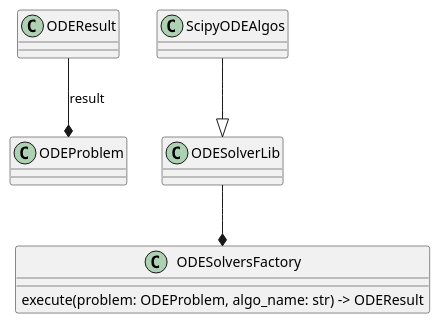
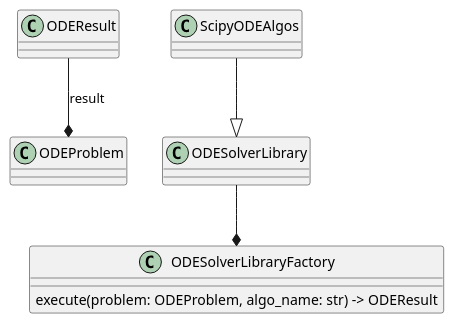
Before and after one commit to gemseo/gemseo: the second of 3 diagrams in doc_src/ode.rst, drawn with PlantUML. The commit also changed 177 other files, not shown here.

```diff
--- a/doc_src/ode.rst
+++ b/doc_src/ode.rst
@@ -95,18 +95,18 @@
 .. uml::
 
     @startuml
     set namespaceSeparator none
     class "ODEProblem" as gemseo.algos.ode.ode_problem.ODEProblem {}
     class "ODEResult" as gemseo.algos.ode.ode_result.ODEResult {}
-    class "ODESolverLib" as gemseo.algos.ode.ode_solver_lib.ODESolverLib {
+    class "ODESolverLibrary" as gemseo.algos.ode.ode_solver_lib.ODESolverLibrary {
     }
-    class "ODESolversFactory" as gemseo.algos.ode.ode_solvers_factory.ODESolversFactory {
+    class "ODESolverLibraryFactory" as gemseo.algos.ode.ode_solvers_factory.ODESolverLibraryFactory {
       execute(problem: ODEProblem, algo_name: str) -> ODEResult
     }
     class "ScipyODEAlgos" as gemseo.algos.ode.lib_scipy_ode.ScipyODEAlgos {
 
     }
-    gemseo.algos.ode.lib_scipy_ode.ScipyODEAlgos --|> gemseo.algos.ode.ode_solver_lib.ODESolverLib
+    gemseo.algos.ode.lib_scipy_ode.ScipyODEAlgos --|> gemseo.algos.ode.ode_solver_lib.ODESolverLibrary
     gemseo.algos.ode.ode_result.ODEResult --* gemseo.algos.ode.ode_problem.ODEProblem : result
-    gemseo.algos.ode.ode_solver_lib.ODESolverLib --* gemseo.algos.ode.ode_solvers_factory.ODESolversFactory
+    gemseo.algos.ode.ode_solver_lib.ODESolverLibrary --* gemseo.algos.ode.ode_solvers_factory.ODESolverLibraryFactory
     @enduml
```
